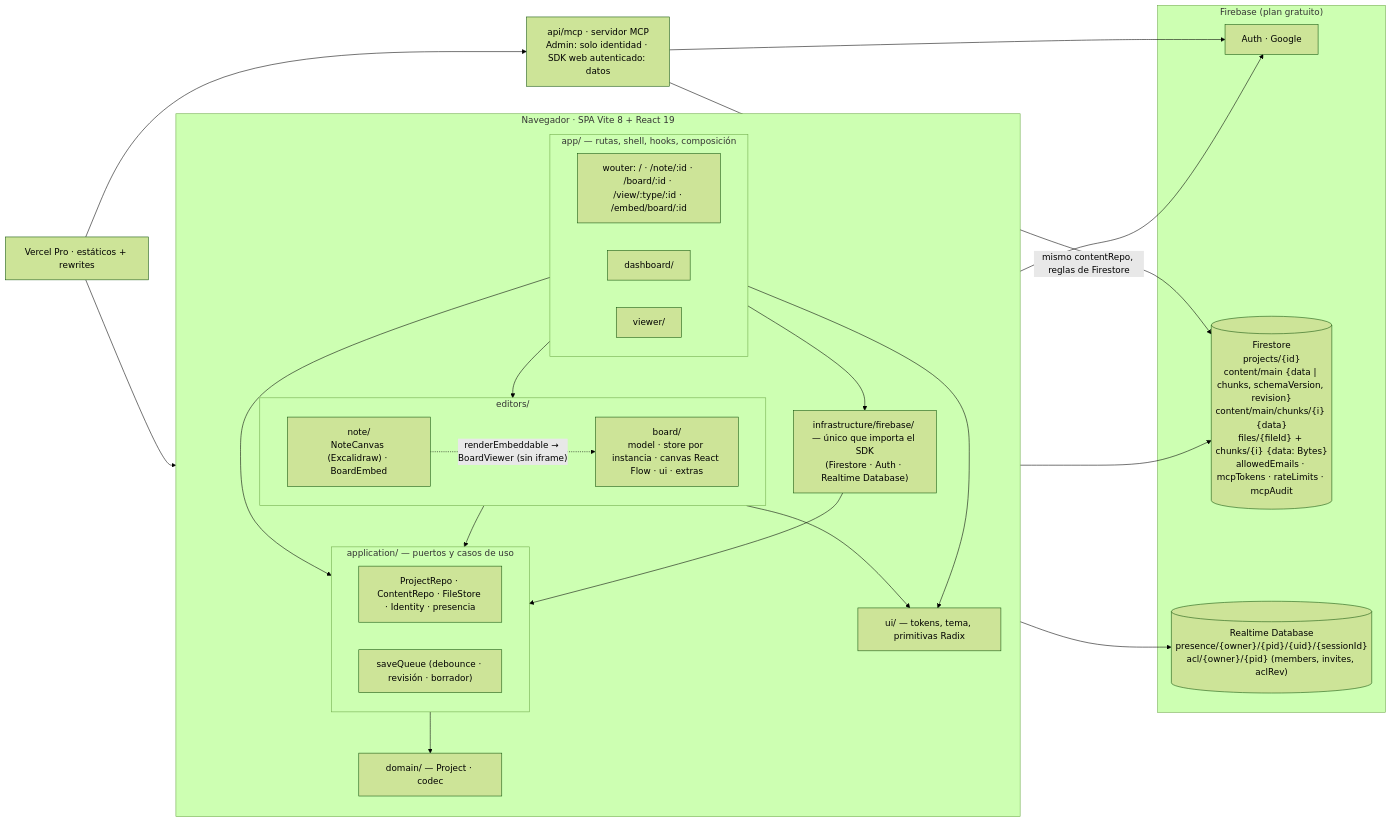
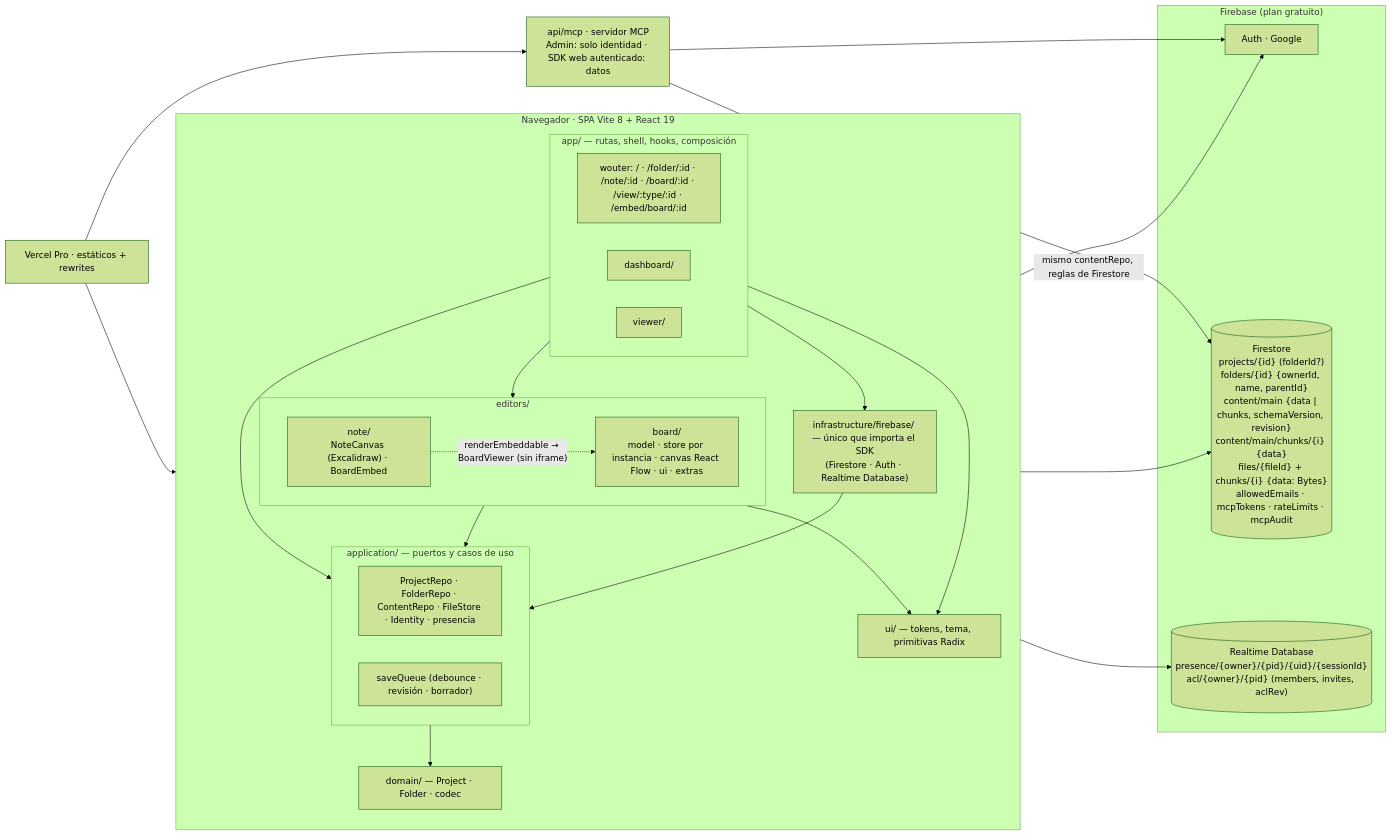
One commit to JuanGaitanD/drawyourarquitecture changed the diagram in docs/architecture.md. Above: the diagram before and after it, drawn with Mermaid (forest theme). The commit also changed other lines of this file and 2 other files, not shown here.

Commit message:
docs(carpetas): modelo de datos, ruta /folder/:id, arquitectura y estado en el handoff

````diff
--- a/docs/architecture.md
+++ b/docs/architecture.md
@@ -5,44 +5,44 @@
 ```mermaid
 flowchart LR
   subgraph Browser["Navegador · SPA Vite 8 + React 19"]
     direction TB
     subgraph app["app/ — rutas, shell, hooks, composición"]
-      Router["wouter: / · /note/:id · /board/:id · /view/:type/:id · /embed/board/:id"]
+      Router["wouter: / · /folder/:id · /note/:id · /board/:id · /view/:type/:id · /embed/board/:id"]
       Dash["dashboard/"]
       Viewer["viewer/"]
     end
     subgraph editors["editors/"]
       Note["note/<br/>NoteCanvas (Excalidraw) · BoardEmbed"]
       Board["board/<br/>model · store por instancia · canvas React Flow · ui · extras"]
     end
     UI["ui/ — tokens, tema, primitivas Radix"]
     subgraph application["application/ — puertos y casos de uso"]
-      Ports["ProjectRepo · ContentRepo · FileStore · Identity · presencia"]
+      Ports["ProjectRepo · FolderRepo · ContentRepo · FileStore · Identity · presencia"]
       Save["saveQueue (debounce · revisión · borrador)"]
     end
-    Domain["domain/ — Project · codec"]
+    Domain["domain/ — Project · Folder · codec"]
     Infra["infrastructure/firebase/ — único que importa el SDK<br/>(Firestore · Auth · Realtime Database)"]
     app --> editors
     app --> application
     app --> Infra
     editors --> application
     editors --> UI
     app --> UI
     application --> Domain
     Infra --> application
     Note -. "renderEmbeddable → BoardViewer (sin iframe)" .-> Board
   end
   subgraph Firebase["Firebase (plan gratuito)"]
     FAuth["Auth · Google"]
-    FS[("Firestore<br/>projects/{id}<br/>content/main {data | chunks, schemaVersion, revision}<br/>content/main/chunks/{i} {data}<br/>files/{fileId} + chunks/{i} {data: Bytes}<br/>allowedEmails · mcpTokens · rateLimits · mcpAudit")]
+    FS[("Firestore<br/>projects/{id} (folderId?)<br/>folders/{id} {ownerId, name, parentId}<br/>content/main {data | chunks, schemaVersion, revision}<br/>content/main/chunks/{i} {data}<br/>files/{fileId} + chunks/{i} {data: Bytes}<br/>allowedEmails · mcpTokens · rateLimits · mcpAudit")]
     RTDB[("Realtime Database<br/>presence/{owner}/{pid}/{uid}/{sessionId}<br/>acl/{owner}/{pid} (members, invites, aclRev)")]
   end
   Vercel["Vercel Pro · estáticos + rewrites"] --> Browser
   MCP["api/mcp · servidor MCP<br/>Admin: solo identidad · SDK web autenticado: datos"]
   Vercel --> MCP
   Infra --> FAuth
   Infra --> FS
   Infra --> RTDB
   MCP --> FAuth
   MCP -->|"mismo contentRepo, reglas de Firestore"| FS
 ```
````
